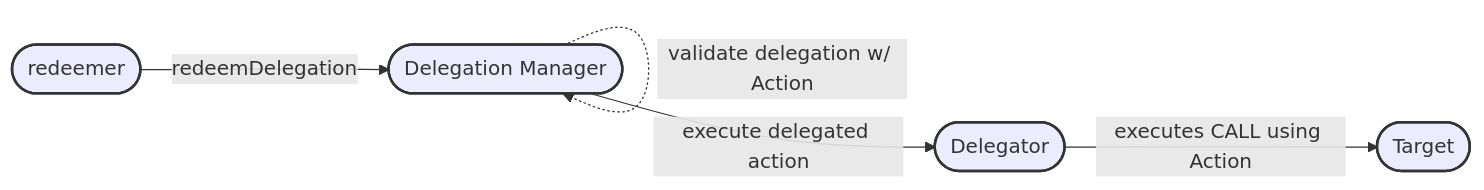
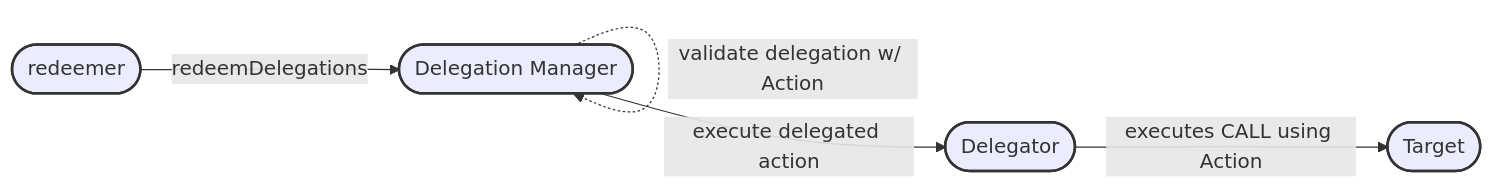
Before and after one commit to ethereum/ERCs: the diagram in ERCS/erc-7710.md, drawn with Mermaid. The commit also changed other lines of this file, not shown here.

Commit message:
feat(7710): update to new redeemDelegations interface

````diff
--- a/ERCS/erc-7710.md
+++ b/ERCS/erc-7710.md
@@ -70,11 +70,11 @@
 ```mermaid
 flowchart LR
-    redeemer(["redeemer"]) --"redeemDelegation"--> Delegation_Manager(["Delegation Manager"])
+    redeemer(["redeemer"]) --"redeemDelegations"--> Delegation_Manager(["Delegation Manager"])
     Delegation_Manager -.->|validate delegation w/ Action| Delegation_Manager
     Delegation_Manager --"execute delegated action"--> Delegator(["Delegator"])
     Delegator --"executes CALL using Action"--> Target(["Target"])
 
     classDef action stroke:#333,stroke-width:2px,stroke-dasharray: 5, 5;
     classDef entity fill:#af,stroke:#333,stroke-width:2px;
     class redeemer,Delegator,Delegation_Manager,Target entity;
 ```
````
